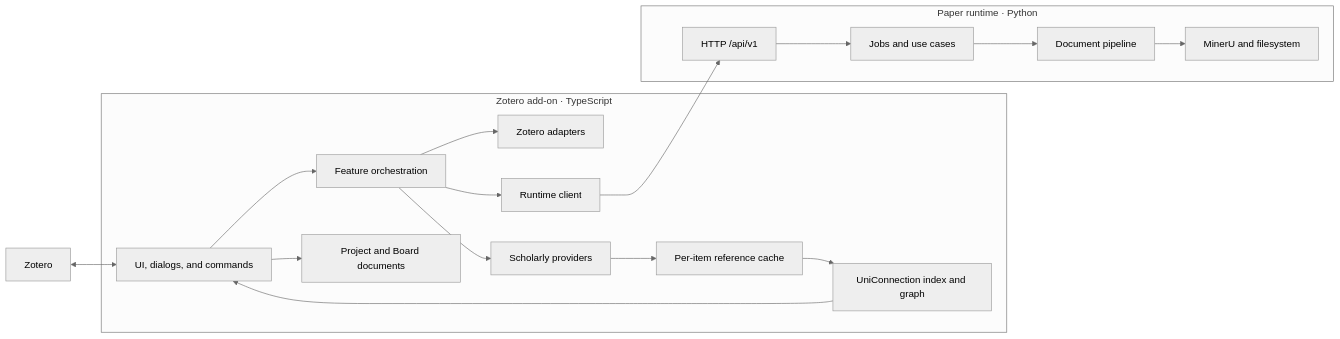
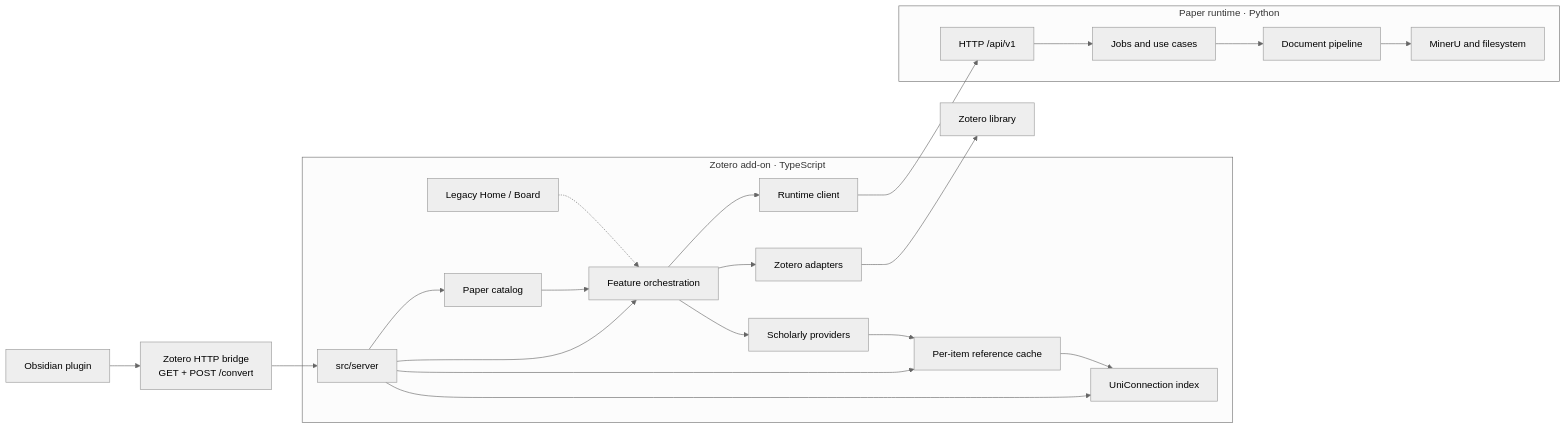
One commit to Leavvind/Unizero changed the diagram in docs/ARCHITECTURE.md. Above: the diagram before and after it, drawn with Mermaid (neutral theme). The commit also changed other lines of this file and 11 other files, not shown here.

First line of the commit message:
Refactor documentation for sync and literature sources; remove legacy Home

````diff
--- a/docs/ARCHITECTURE.md
+++ b/docs/ARCHITECTURE.md
@@ -7,36 +7,45 @@
 ```mermaid
 flowchart LR
-    Zotero["Zotero"]
+    Obsidian["Obsidian plugin"]
+    Bridge["Zotero HTTP bridge\nGET + POST /convert"]
 
     subgraph Addon["Zotero add-on · TypeScript"]
-        UI["UI, dialogs, and commands"]
+        Server["src/server"]
         Features["Feature orchestration"]
         Adapters["Zotero adapters"]
         Providers["Scholarly providers"]
         Cache["Per-item reference cache"]
-        Index["UniConnection index and graph"]
-        Projects["Project and Board documents"]
+        Index["UniConnection index"]
+        Catalog["Paper catalog"]
         Client["Runtime client"]
+        LegacyUI["Legacy Home / Board"]
     end
+
+    Zotero["Zotero library"]
 
     subgraph Runtime["Paper runtime · Python"]
         API["HTTP /api/v1"]
         App["Jobs and use cases"]
         Pipeline["Document pipeline"]
         IO["MinerU and filesystem"]
     end
 
-    Zotero <--> UI
-    UI --> Features
+    Obsidian --> Bridge
+    Bridge --> Server
+    Server --> Features
+    Server --> Cache
+    Server --> Index
+    Server --> Catalog
     Features --> Adapters
     Features --> Providers
     Features --> Client
     Providers --> Cache
     Cache --> Index
-    Index --> UI
-    UI --> Projects
+    Adapters --> Zotero
+    Catalog --> Features
     Client --> API
     API --> App
     App --> Pipeline
     Pipeline --> IO
+    LegacyUI -.-> Features
 ```
````
